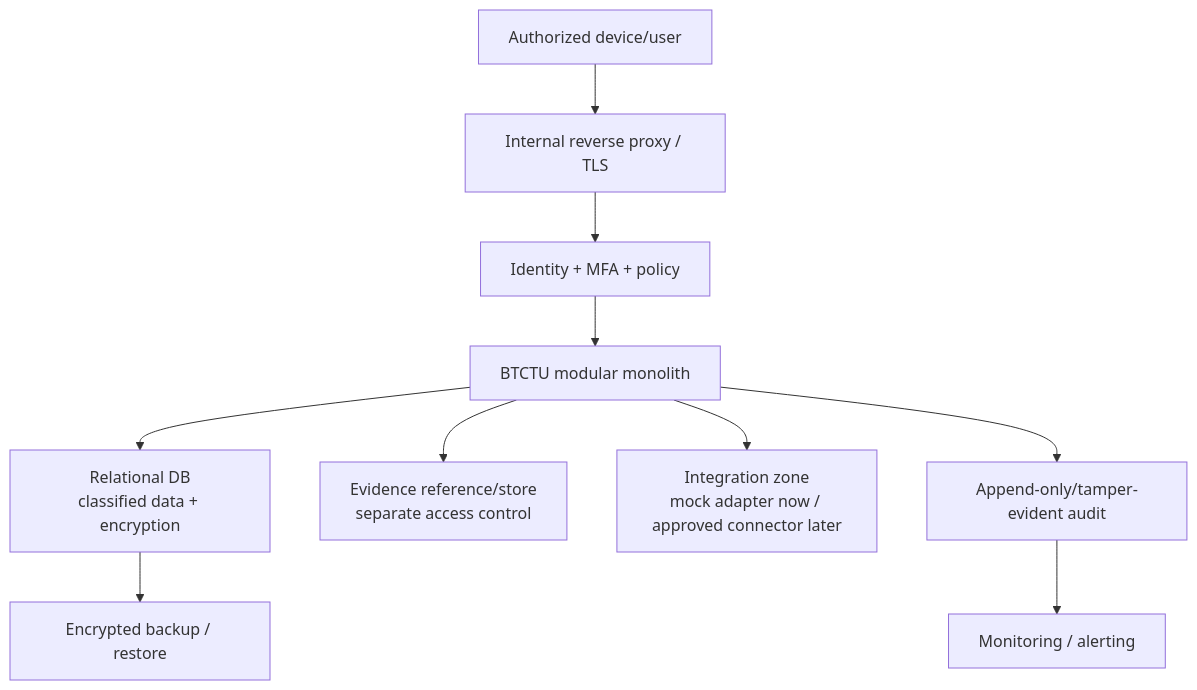
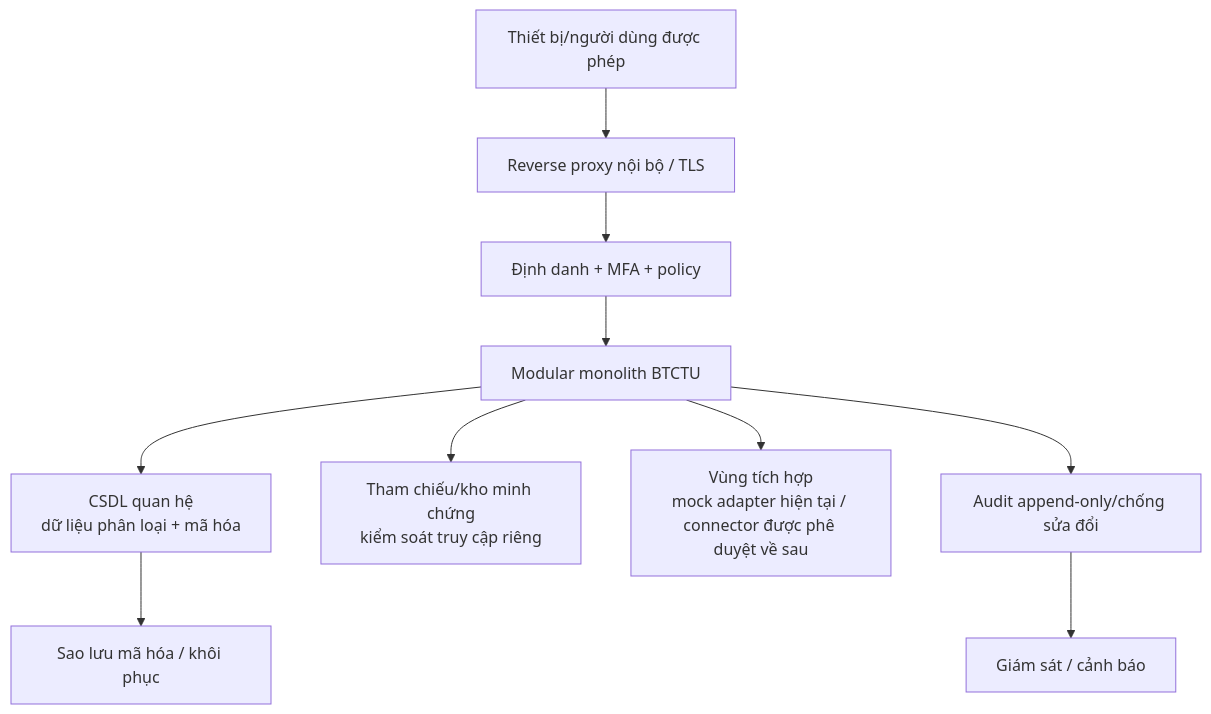
Before and after one commit to chotr/BTCTU: the diagram in docs/04-system-design/security-architecture.md, drawn with Mermaid. The commit also changed other lines of this file and 48 other files, not shown here.

````diff
--- a/docs/04-system-design/security-architecture.md
+++ b/docs/04-system-design/security-architecture.md
@@ -20,15 +23,15 @@
 ```mermaid
 flowchart TB
-  DEVICE["Authorized device/user"] --> EDGE["Internal reverse proxy / TLS"]
-  EDGE --> IAM["Identity + MFA + policy"]
-  IAM --> APP["BTCTU modular monolith"]
-  APP --> DB["Relational DB
-classified data + encryption"]
-  APP --> EV["Evidence reference/store
-separate access control"]
-  APP --> INT["Integration zone
-mock adapter now / approved connector later"]
-  APP --> AUD["Append-only/tamper-evident audit"]
-  DB --> BAK["Encrypted backup / restore"]
-  AUD --> MON["Monitoring / alerting"]
+  DEVICE["Thiết bị/người dùng được phép"] --> EDGE["Reverse proxy nội bộ / TLS"]
+  EDGE --> IAM["Định danh + MFA + policy"]
+  IAM --> APP["Modular monolith BTCTU"]
+  APP --> DB["CSDL quan hệ
+dữ liệu phân loại + mã hóa"]
+  APP --> EV["Tham chiếu/kho minh chứng
+kiểm soát truy cập riêng"]
+  APP --> INT["Vùng tích hợp
+mock adapter hiện tại / connector được phê duyệt về sau"]
+  APP --> AUD["Audit append-only/chống sửa đổi"]
+  DB --> BAK["Sao lưu mã hóa / khôi phục"]
+  AUD --> MON["Giám sát / cảnh báo"]
 ```
````
